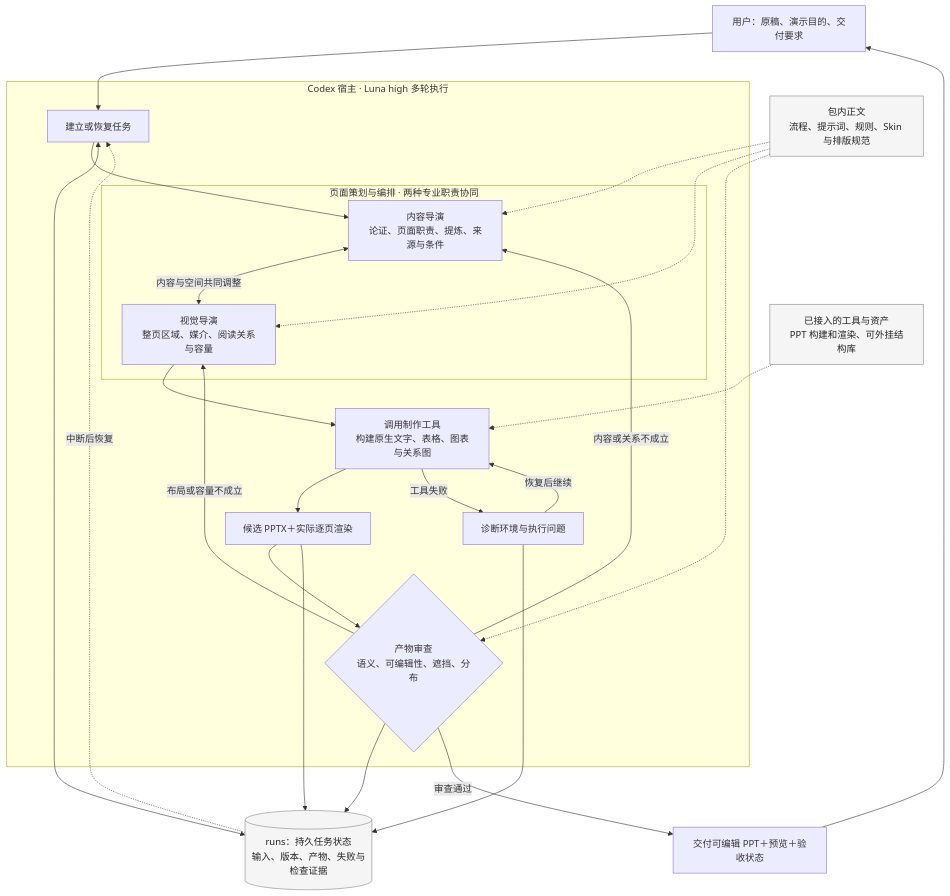
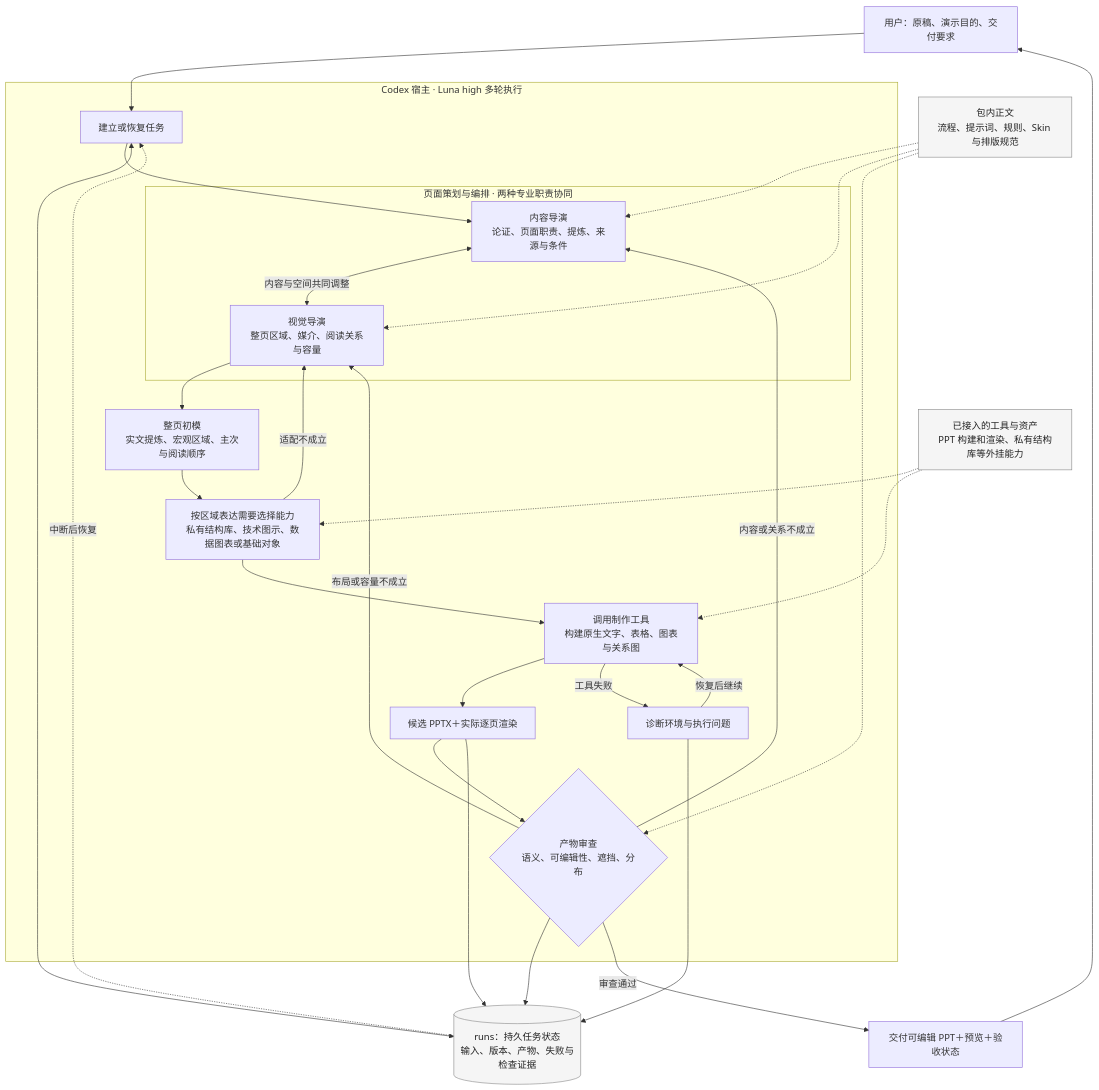
The diagram in harness/运行流程.md (NEUwpy/PPagenT), drawn with Mermaid before and after one commit. The commit also changed other lines of this file and 126 other files, not shown here.

````diff
--- a/harness/运行流程.md
+++ b/harness/运行流程.md
@@ -9,37 +9,41 @@
 ```mermaid
 flowchart TB
     U[用户：原稿、演示目的、交付要求] --> T[建立或恢复任务]
 
     subgraph H[Codex 宿主 · Luna high 多轮执行]
         T --> C
         subgraph D[页面策划与编排 · 两种专业职责协同]
             C[内容导演\n论证、页面职责、提炼、来源与条件]
             V[视觉导演\n整页区域、媒介、阅读关系与容量]
             C <-->|内容与空间共同调整| V
         end
-        V --> B[调用制作工具\n构建原生文字、表格、图表与关系图]
+        V --> L[整页初模\n实文提炼、宏观区域、主次与阅读顺序]
+        L --> A[按区域表达需要选择能力\n私有结构库、技术图示、数据图表或基础对象]
+        A -->|适配不成立| V
+        A --> B[调用制作工具\n构建原生文字、表格、图表与关系图]
         B --> P[候选 PPTX＋实际逐页渲染]
         P --> Q{产物审查\n语义、可编辑性、遮挡、分布}
         Q -->|内容或关系不成立| C
         Q -->|布局或容量不成立| V
         B -->|工具失败| E[诊断环境与执行问题]
         E -->|恢复后继续| B
     end
 
     R[包内正文\n流程、提示词、规则、Skin 与排版规范] -.-> C
     R -.-> V
     R -.-> Q
-    X[已接入的工具与资产\nPPT 构建和渲染、可外挂结构库] -.-> B
+    X[已接入的工具与资产\nPPT 构建和渲染、私有结构库等外挂能力] -.-> A
+    X -.-> B
 
     T <--> S[(runs：持久任务状态\n输入、版本、产物、失败与检查证据)]
     P --> S
     Q --> S
     E --> S
     S -.->|中断后恢复| T
 
     Q -->|审查通过| O[交付可编辑 PPT＋预览＋验收状态]
     O --> U
 
     classDef support fill:#f5f5f5,stroke:#888,color:#222;
     class R,X,S support;
 ```
````
